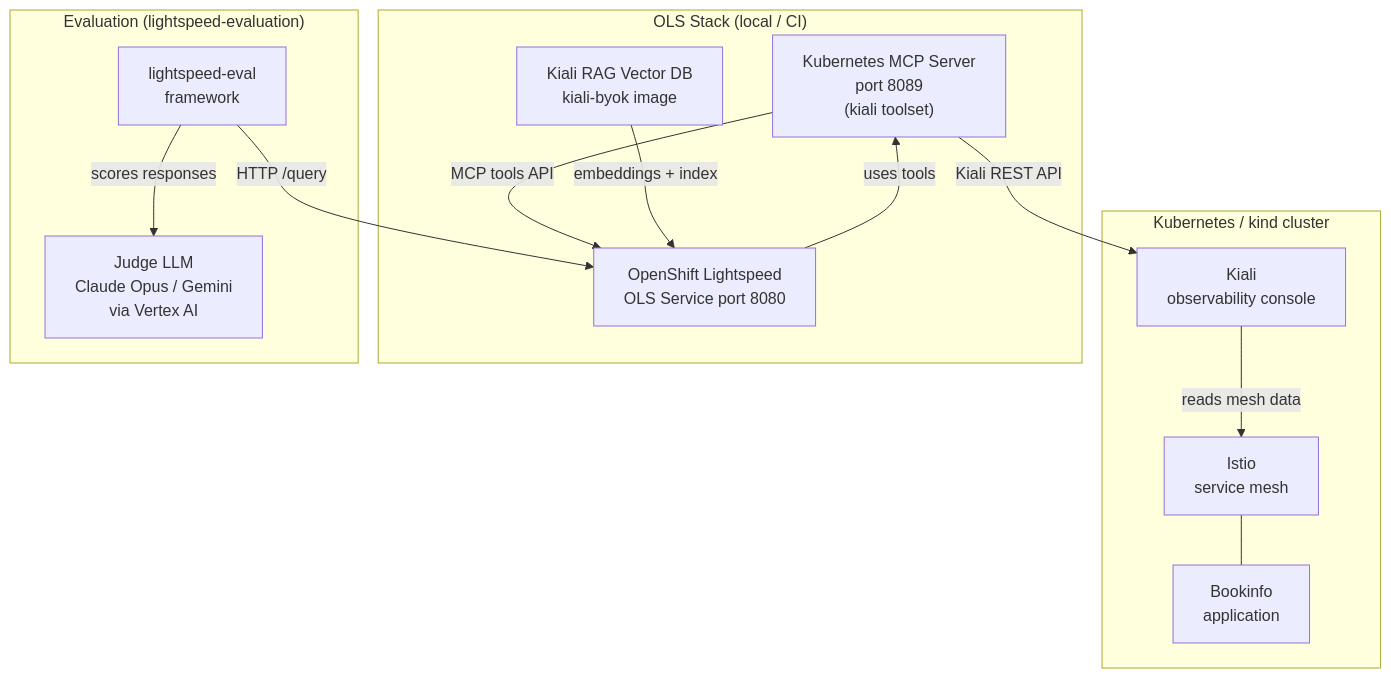
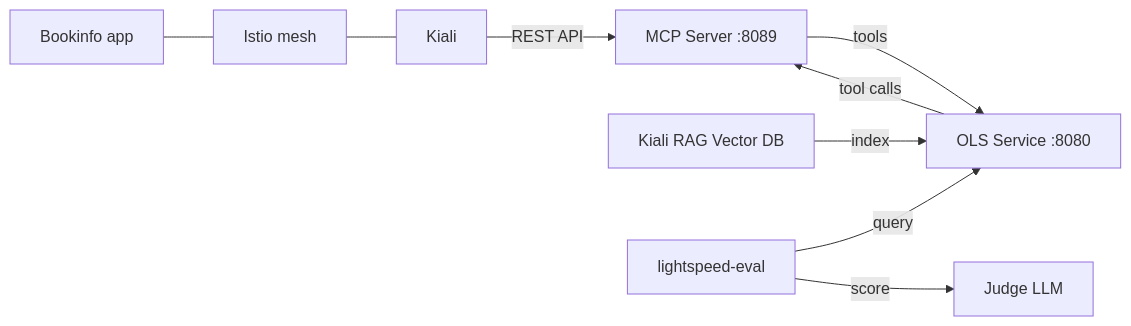
The diagram in README.md (kiali/troubleshooting-ls-evaluation), drawn with Mermaid before and after one commit. The commit also changed 1 other file, not shown here.

Commit message:
Add chart to README

````diff
--- a/README.md
+++ b/README.md
@@ -18,28 +18,20 @@
 ```mermaid
-flowchart TB
-    subgraph cluster["Kubernetes / kind cluster"]
-        KIALI["Kiali\nobservability console"]
-        ISTIO["Istio\nservice mesh"]
-        BOOKINFO["Bookinfo\napplication"]
-        ISTIO --- BOOKINFO
-        KIALI -->|reads mesh data| ISTIO
-    end
+flowchart LR
+    BOOKINFO["Bookinfo app"]
+    ISTIO["Istio mesh"]
+    KIALI["Kiali"]
+    MCP["MCP Server :8089"]
+    RAG["Kiali RAG Vector DB"]
+    OLS["OLS Service :8080"]
+    EVAL["lightspeed-eval"]
+    JUDGE["Judge LLM"]
 
-    subgraph ols_stack["OLS Stack (local / CI)"]
-        MCP["Kubernetes MCP Server\nport 8089\n(kiali toolset)"]
-        RAG["Kiali RAG Vector DB\nkiali-byok image"]
-        OLS["OpenShift Lightspeed\nOLS Service  port 8080"]
-        MCP -->|MCP tools API| OLS
-        RAG -->|embeddings + index| OLS
-    end
-
-    subgraph eval["Evaluation (lightspeed-evaluation)"]
-        EVAL["lightspeed-eval\nframework"]
-        JUDGE["Judge LLM\nClaude Opus / Gemini\nvia Vertex AI"]
-        EVAL -->|scores responses| JUDGE
-    end
-
-    MCP -->|Kiali REST API| KIALI
-    EVAL -->|HTTP /query| OLS
-    OLS -->|uses tools| MCP
+    BOOKINFO --- ISTIO
+    ISTIO --- KIALI
+    KIALI -->|REST API| MCP
+    MCP -->|tools| OLS
+    RAG -->|index| OLS
+    OLS -->|tool calls| MCP
+    EVAL -->|query| OLS
+    EVAL -->|score| JUDGE
 ```
````
